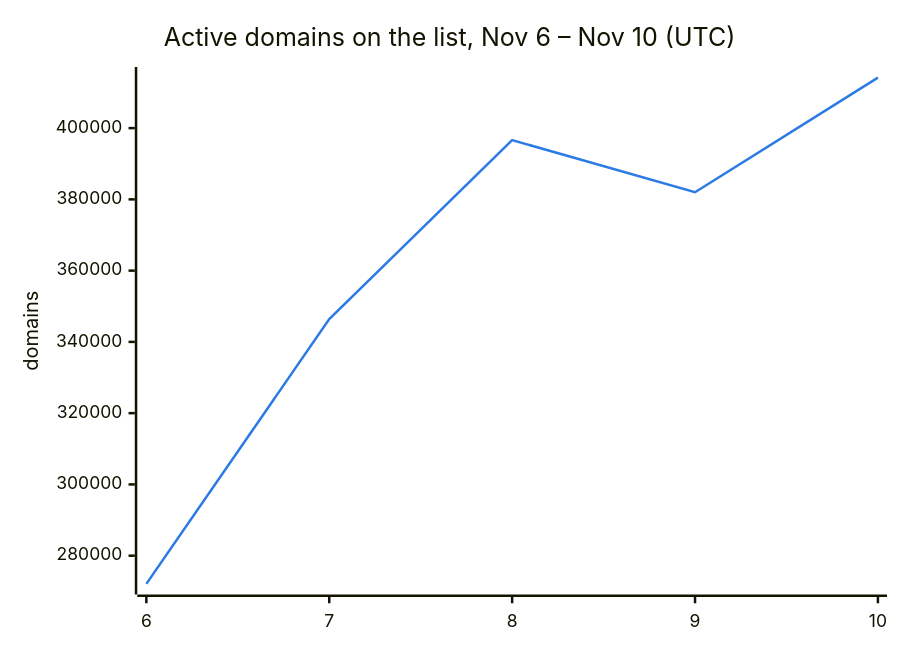
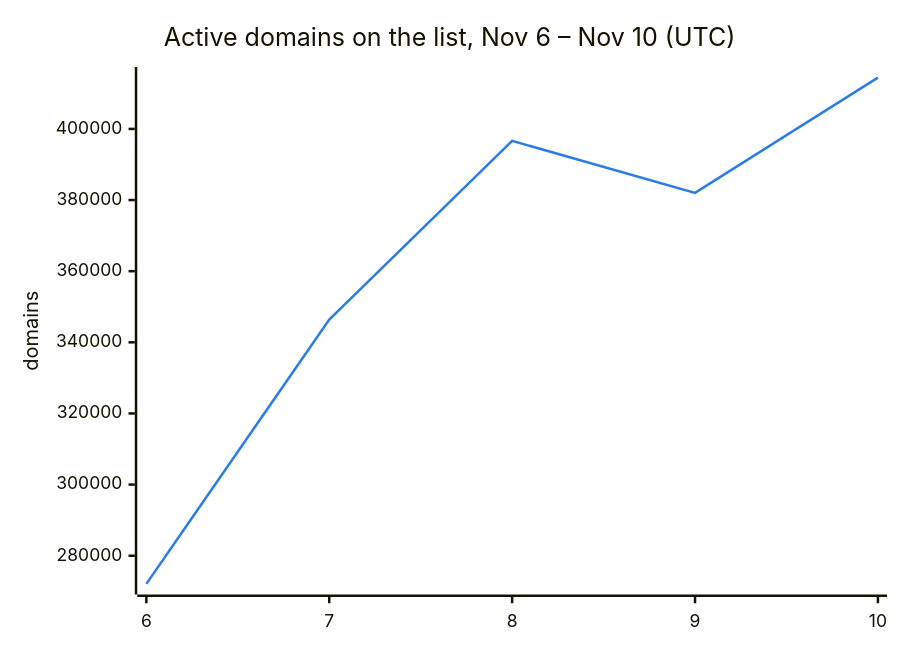
The second of 3 diagrams in README.md (DNSBunker/CTI), drawn with Mermaid before and after one commit. The commit also changed other lines of this file and 3 other files, not shown here.

````diff
--- a/README.md
+++ b/README.md
@@ -38,8 +38,8 @@
 ```mermaid
 %%{init: {"themeVariables": {"xyChart": {"plotColorPalette": "#2c7be5"}}}}%%
 xychart-beta
     title "Active domains on the list, Nov 6 – Nov 10 (UTC)"
     x-axis ["6", "7", "8", "9", "10"]
     y-axis "domains"
-    line [272088, 346388, 396638, 382009, 414170]
+    line [272088, 346388, 396638, 382009, 414418]
 ```
````
